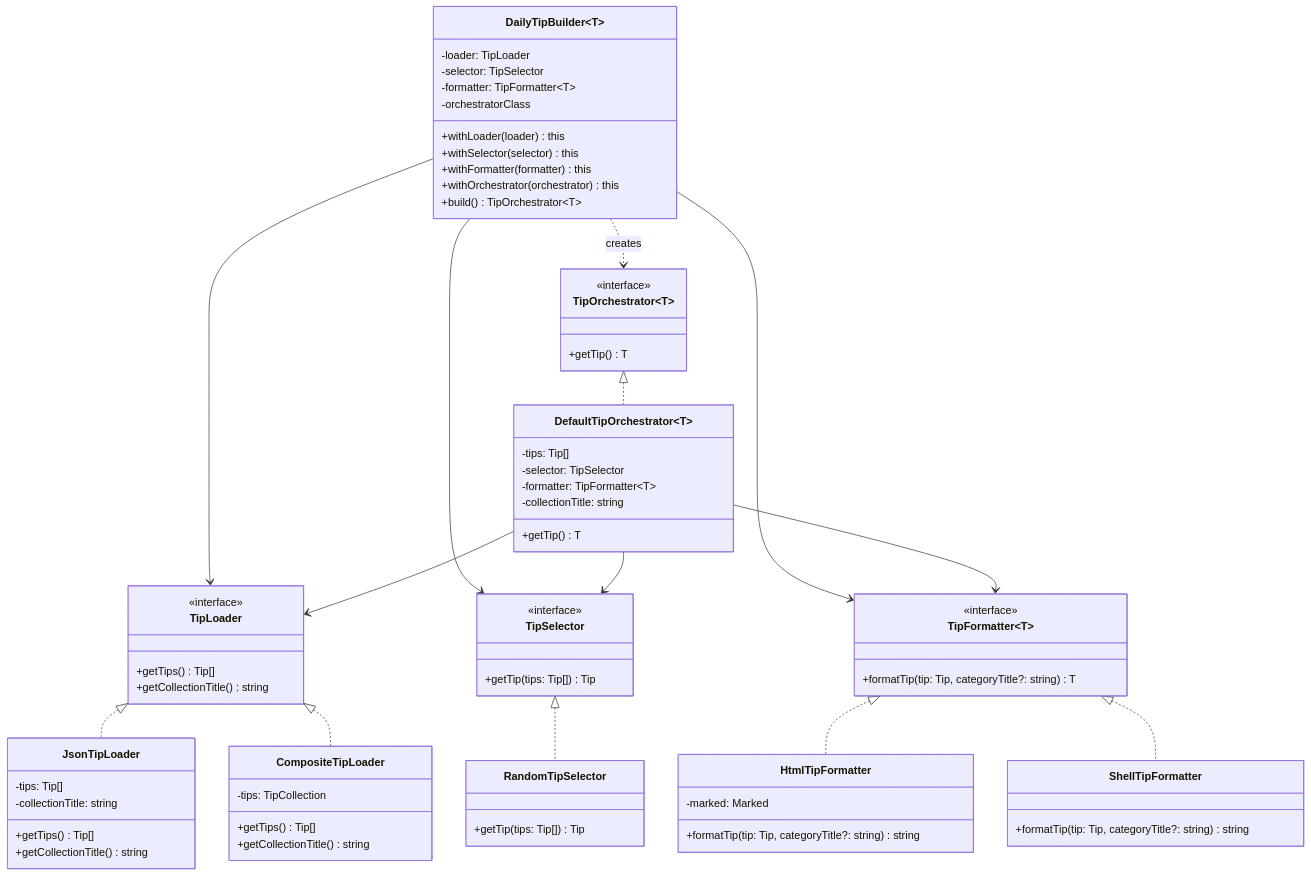
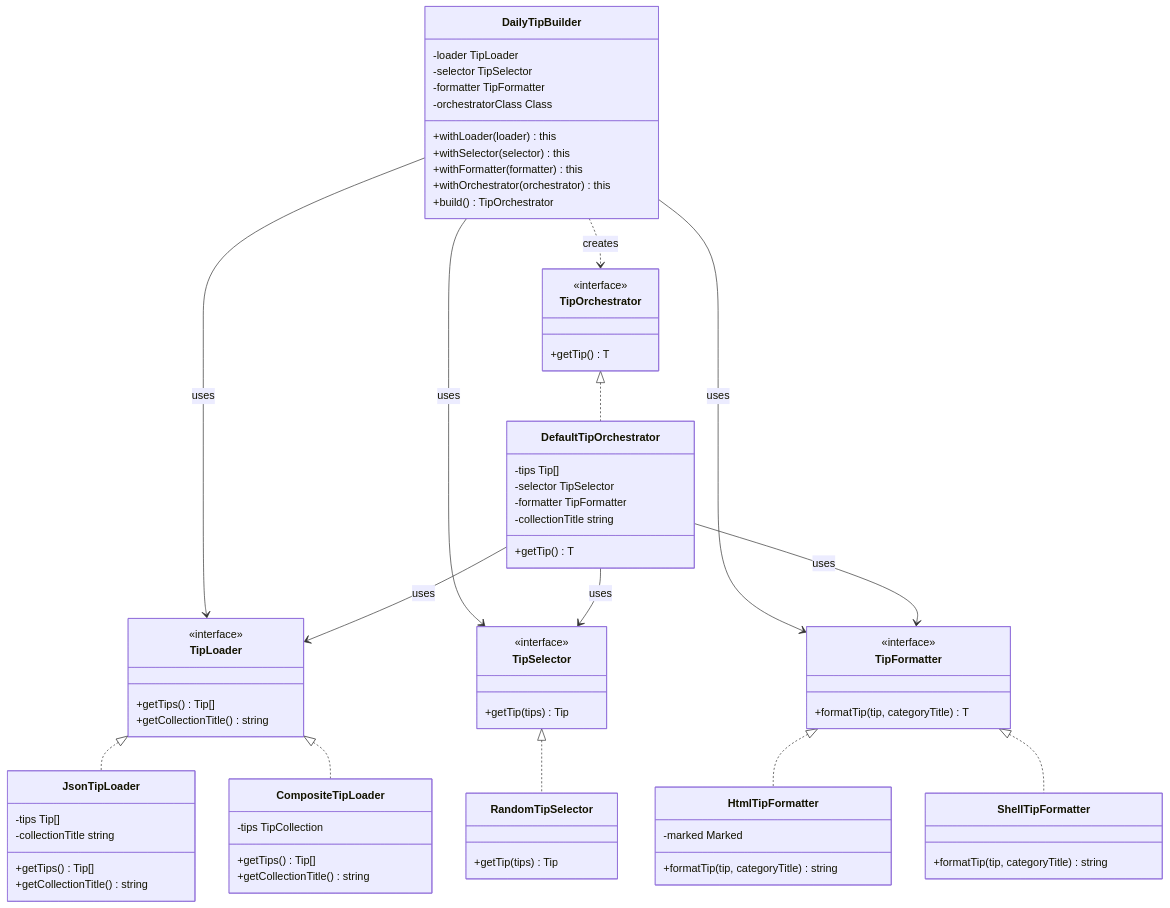
The second of 4 diagrams in docs/development/architecture.md (timramsier/daily-tip), drawn with Mermaid before and after one commit.

Commit message:
fix: correct Mermaid class diagram syntax errors
- Remove generic type syntax (~T~) which isn't supported in Mermaid
- Simplify parameter syntax (remove TypeScript optional ? syntax)
- Use simpler type annotations (Tip[] instead of complex generics)
- Add relationship labels for clarity (uses, creates)
- Maintain all class relationships and structure

The class diagram now renders correctly without syntax errors.

````diff
--- a/docs/development/architecture.md
+++ b/docs/development/architecture.md
@@ -56,63 +56,63 @@
     
     class TipSelector {
         <<interface>>
-        +getTip(tips: Tip[]) Tip
+        +getTip(tips) Tip
     }
     
-    class TipFormatter~T~ {
+    class TipFormatter {
         <<interface>>
-        +formatTip(tip: Tip, categoryTitle?: string) T
+        +formatTip(tip, categoryTitle) T
     }
     
-    class TipOrchestrator~T~ {
+    class TipOrchestrator {
         <<interface>>
         +getTip() T
     }
     
-    class DailyTipBuilder~T~ {
-        -loader: TipLoader
-        -selector: TipSelector
-        -formatter: TipFormatter~T~
-        -orchestratorClass
+    class DailyTipBuilder {
+        -loader TipLoader
+        -selector TipSelector
+        -formatter TipFormatter
+        -orchestratorClass Class
         +withLoader(loader) this
         +withSelector(selector) this
         +withFormatter(formatter) this
         +withOrchestrator(orchestrator) this
-        +build() TipOrchestrator~T~
+        +build() TipOrchestrator
     }
     
-    class DefaultTipOrchestrator~T~ {
-        -tips: Tip[]
-        -selector: TipSelector
-        -formatter: TipFormatter~T~
-        -collectionTitle: string
+    class DefaultTipOrchestrator {
+        -tips Tip[]
+        -selector TipSelector
+        -formatter TipFormatter
+        -collectionTitle string
         +getTip() T
     }
     
     class JsonTipLoader {
-        -tips: Tip[]
-        -collectionTitle: string
+        -tips Tip[]
+        -collectionTitle string
         +getTips() Tip[]
         +getCollectionTitle() string
     }
     
     class CompositeTipLoader {
-        -tips: TipCollection
+        -tips TipCollection
         +getTips() Tip[]
         +getCollectionTitle() string
     }
     
     class RandomTipSelector {
-        +getTip(tips: Tip[]) Tip
+        +getTip(tips) Tip
     }
     
     class HtmlTipFormatter {
-        -marked: Marked
-        +formatTip(tip: Tip, categoryTitle?: string) string
+        -marked Marked
+        +formatTip(tip, categoryTitle) string
     }
     
     class ShellTipFormatter {
-        +formatTip(tip: Tip, categoryTitle?: string) string
+        +formatTip(tip, categoryTitle) string
     }
     
     TipLoader <|.. JsonTipLoader
@@ -122,12 +122,12 @@
     TipFormatter <|.. ShellTipFormatter
     TipOrchestrator <|.. DefaultTipOrchestrator
     
-    DailyTipBuilder --> TipLoader
-    DailyTipBuilder --> TipSelector
-    DailyTipBuilder --> TipFormatter
+    DailyTipBuilder --> TipLoader : uses
+    DailyTipBuilder --> TipSelector : uses
+    DailyTipBuilder --> TipFormatter : uses
     DailyTipBuilder ..> TipOrchestrator : creates
     
-    DefaultTipOrchestrator --> TipLoader
-    DefaultTipOrchestrator --> TipSelector
-    DefaultTipOrchestrator --> TipFormatter
+    DefaultTipOrchestrator --> TipLoader : uses
+    DefaultTipOrchestrator --> TipSelector : uses
+    DefaultTipOrchestrator --> TipFormatter : uses
 ```
````
